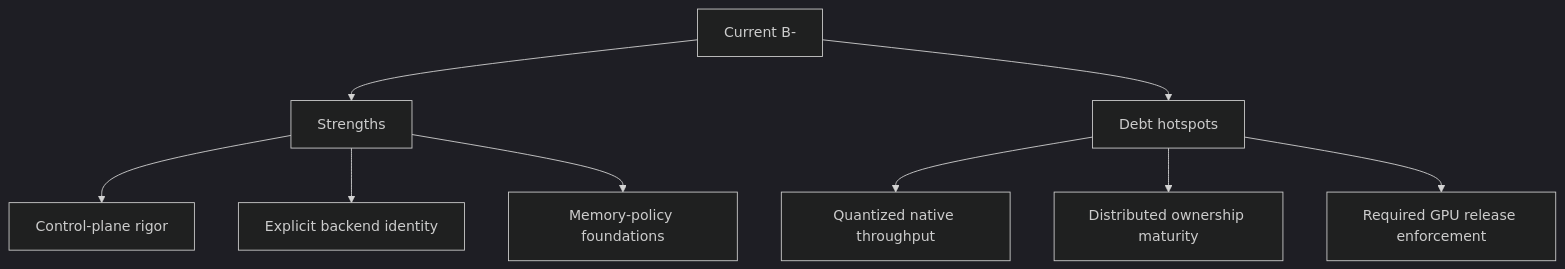
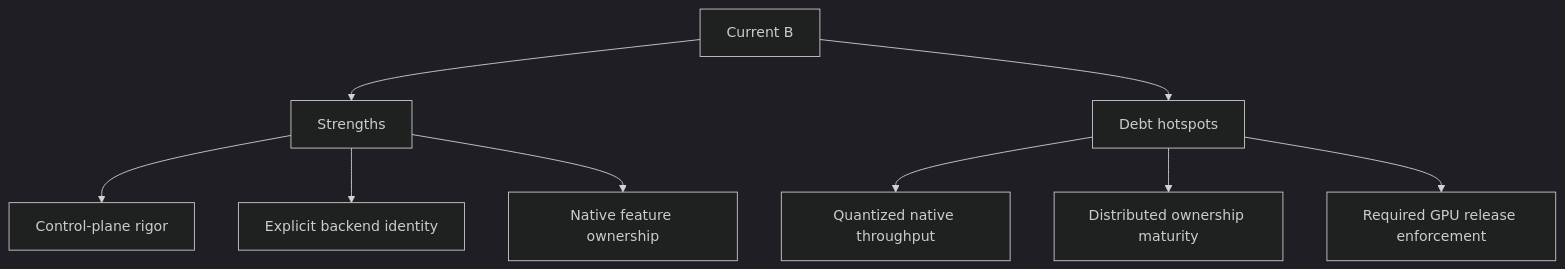
One commit to vjsingh1984/inferflux changed the diagram in docs/TechDebt_and_Competitive_Roadmap.md. Above: the diagram before and after it, drawn with Mermaid (dark theme). The commit also changed other lines of this file and 19 other files, not shown here.

````diff
--- a/docs/TechDebt_and_Competitive_Roadmap.md
+++ b/docs/TechDebt_and_Competitive_Roadmap.md
@@ -7,11 +7,11 @@
 ```mermaid
 flowchart TB
-    A[Current B-] --> B[Strengths]
+    A[Current B] --> B[Strengths]
     A --> C[Debt hotspots]
     B --> B1[Control-plane rigor]
     B --> B2[Explicit backend identity]
-    B --> B3[Memory-policy foundations]
+    B --> B3[Native feature ownership]
     C --> C1[Quantized native throughput]
     C --> C2[Distributed ownership maturity]
     C --> C3[Required GPU release enforcement]
 ```
````
